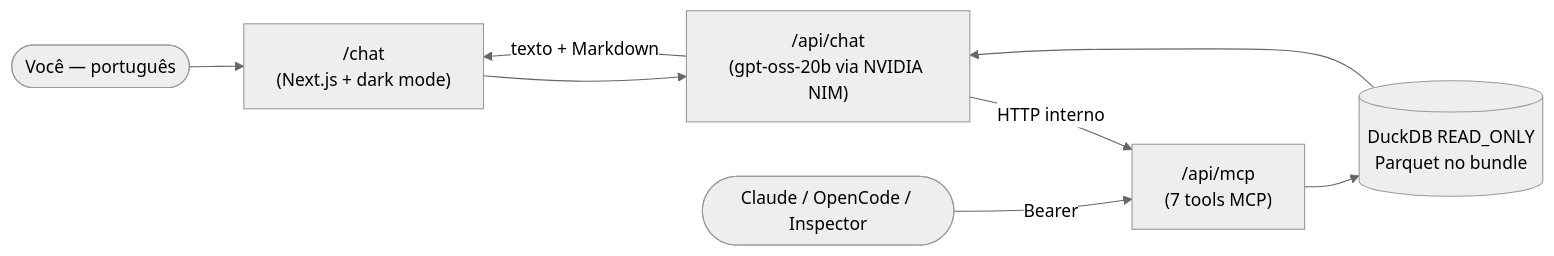
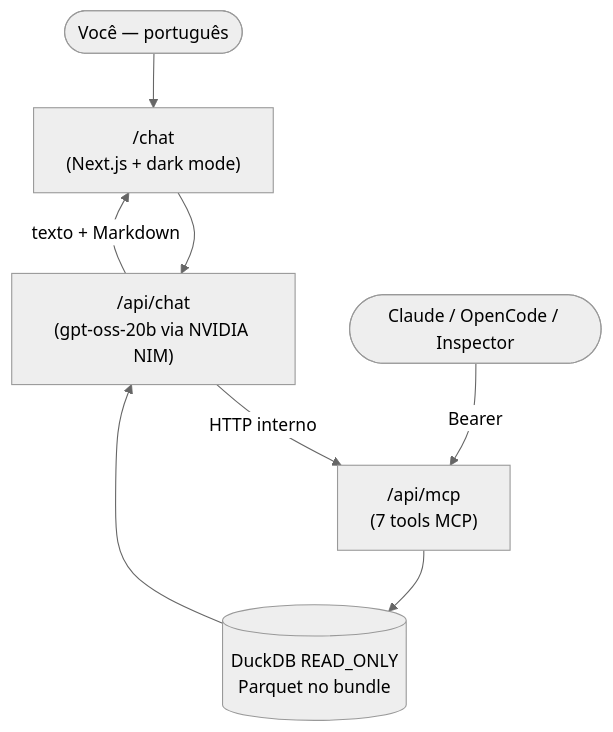
One commit to damorim77/olist-mcp changed the diagram in README.md. Above: the diagram before and after it, drawn with Mermaid (neutral theme).

Commit message:
Docs: diagrama mermaid na vertical (sem scroll horizontal)

````diff
--- a/README.md
+++ b/README.md
@@ -49,10 +49,10 @@
 ```mermaid
-flowchart LR
+flowchart TD
     U([Você — português]) --> CHAT["/chat<br/>(Next.js + dark mode)"]
     CHAT --> API["/api/chat<br/>(gpt-oss-20b via NVIDIA NIM)"]
     API -->|HTTP interno| MCP["/api/mcp<br/>(7 tools MCP)"]
     MCP --> DD[(DuckDB READ_ONLY<br/>Parquet no bundle)]
     DD --> API
     API -->|texto + Markdown| CHAT
     EXT([Claude / OpenCode / Inspector]) -->|Bearer| MCP
 ```
````
